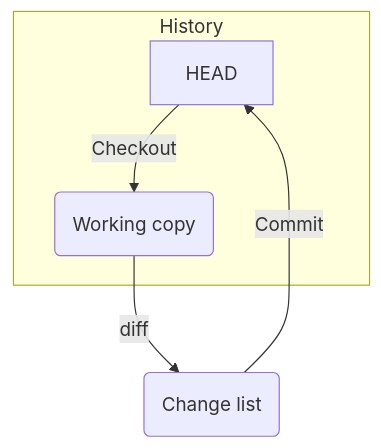
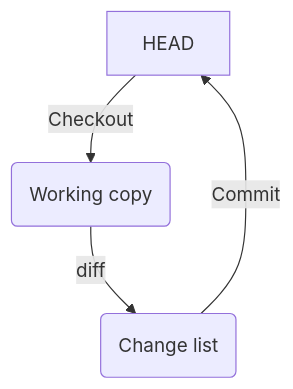
Before and after one commit to sfb-135-nowa/version-control: the diagram in source/diagrams/data-flow.mmd, drawn with Mermaid.

Commit message:
Revert font-size setting in data-flow diagram

```diff
--- a/source/diagrams/data-flow.mmd
+++ b/source/diagrams/data-flow.mmd
@@ -1,7 +1,4 @@
-%%{init: {'themeCSS':'.label foreignObject { font-size: 14px; }'}}%%
-flowchart TD
-subgraph History
-  HEAD -->|Checkout| WC
-end
+graph TB
+HEAD -->|Checkout| WC
 WC(Working copy) -->|diff| CL(Change list)
 CL -->|Commit| HEAD
```
